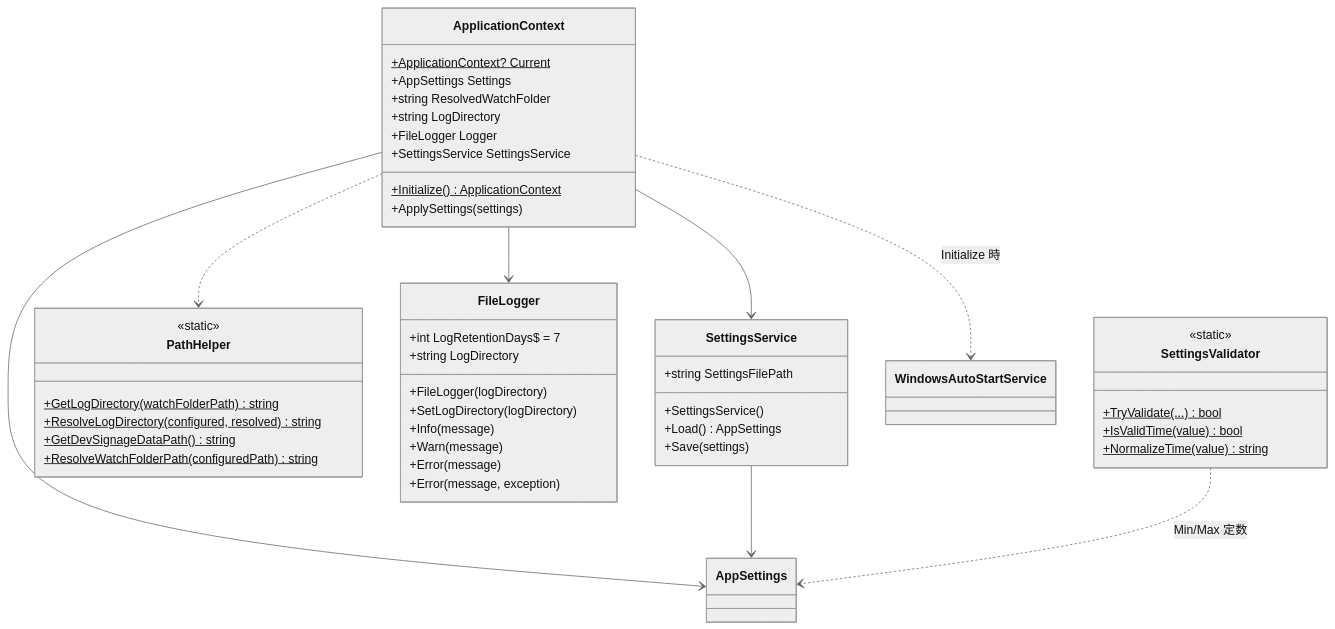
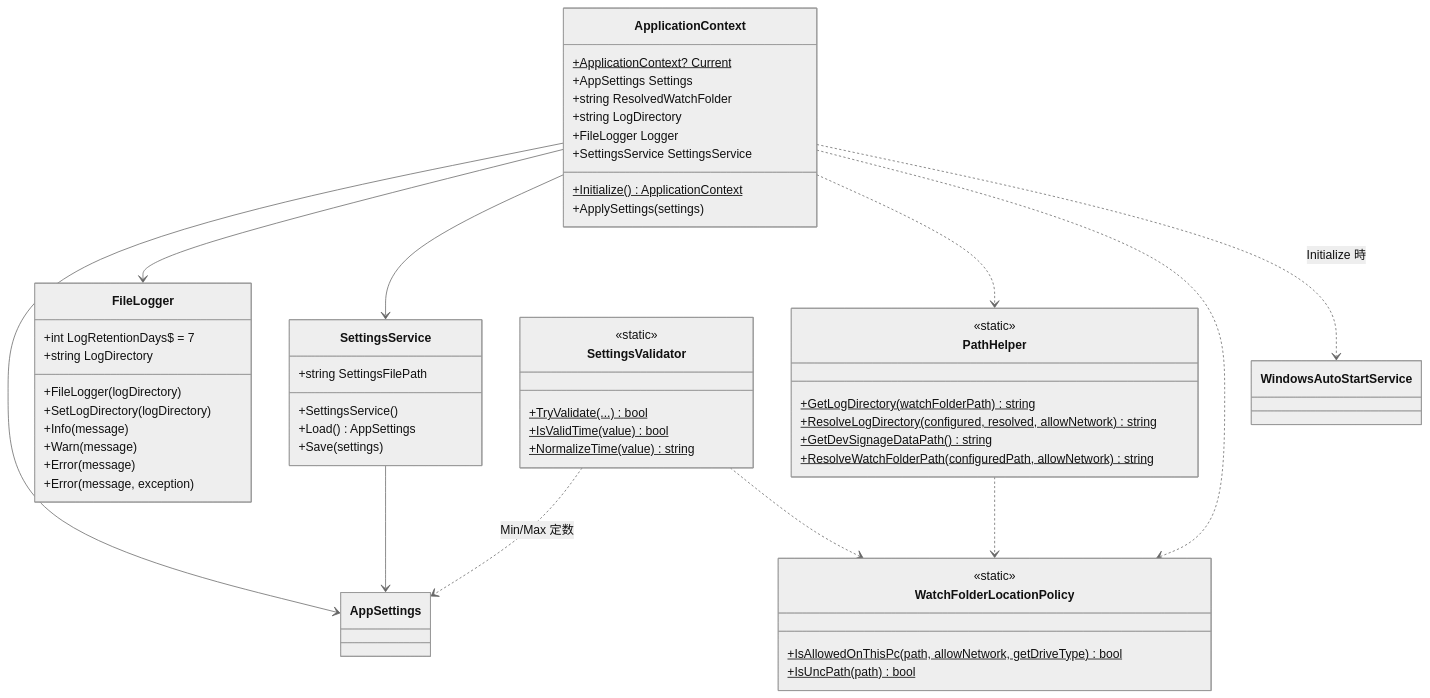
One commit to kamanori3/SimpleDigitalSignage changed the seventh of 9 diagrams in docs/クラス設計図.md. Above: the diagram before and after it, drawn with Mermaid (neutral theme). The commit also changed other lines of this file and 35 other files, not shown here.

````diff
--- a/docs/クラス設計図.md
+++ b/docs/クラス設計図.md
@@ -350,54 +359,63 @@
 ```mermaid
 classDiagram
   class ApplicationContext {
     +ApplicationContext? Current$
     +AppSettings Settings
     +string ResolvedWatchFolder
     +string LogDirectory
     +FileLogger Logger
     +SettingsService SettingsService
     +Initialize()$ ApplicationContext
     +ApplySettings(settings)
   }
 
   class SettingsService {
     +string SettingsFilePath
     +SettingsService()
     +Load() AppSettings
     +Save(settings)
   }
 
   class PathHelper {
     <<static>>
     +GetLogDirectory(watchFolderPath)$ string
-    +ResolveLogDirectory(configured, resolved)$ string
+    +ResolveLogDirectory(configured, resolved, allowNetwork)$ string
     +GetDevSignageDataPath()$ string
-    +ResolveWatchFolderPath(configuredPath)$ string
+    +ResolveWatchFolderPath(configuredPath, allowNetwork)$ string
+  }
+
+  class WatchFolderLocationPolicy {
+    <<static>>
+    +IsAllowedOnThisPc(path, allowNetwork, getDriveType)$ bool
+    +IsUncPath(path)$ bool
   }
 
   class FileLogger {
     +int LogRetentionDays$ = 7
     +string LogDirectory
     +FileLogger(logDirectory)
     +SetLogDirectory(logDirectory)
     +Info(message)
     +Warn(message)
     +Error(message)
     +Error(message, exception)
   }
 
   class SettingsValidator {
     <<static>>
     +TryValidate(...)$ bool
     +IsValidTime(value)$ bool
     +NormalizeTime(value)$ string
   }
 
   ApplicationContext --> AppSettings
   ApplicationContext --> FileLogger
   ApplicationContext --> SettingsService
   ApplicationContext ..> PathHelper
+  ApplicationContext ..> WatchFolderLocationPolicy
   ApplicationContext ..> WindowsAutoStartService : Initialize 時
   SettingsService --> AppSettings
   SettingsValidator ..> AppSettings : Min/Max 定数
+  SettingsValidator ..> WatchFolderLocationPolicy
+  PathHelper ..> WatchFolderLocationPolicy
 ```
````
